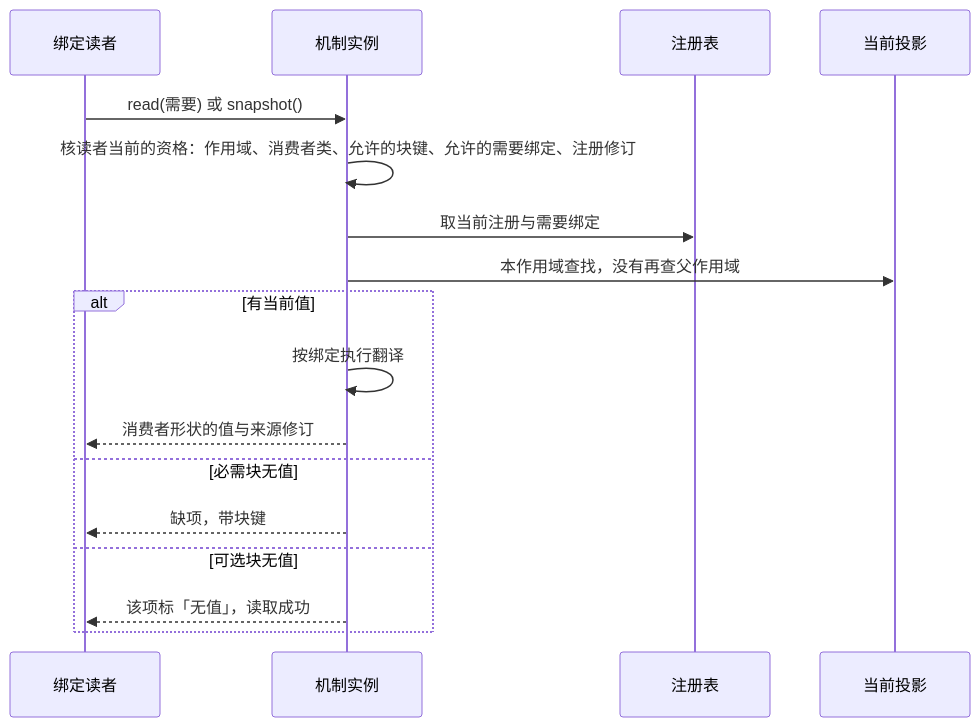
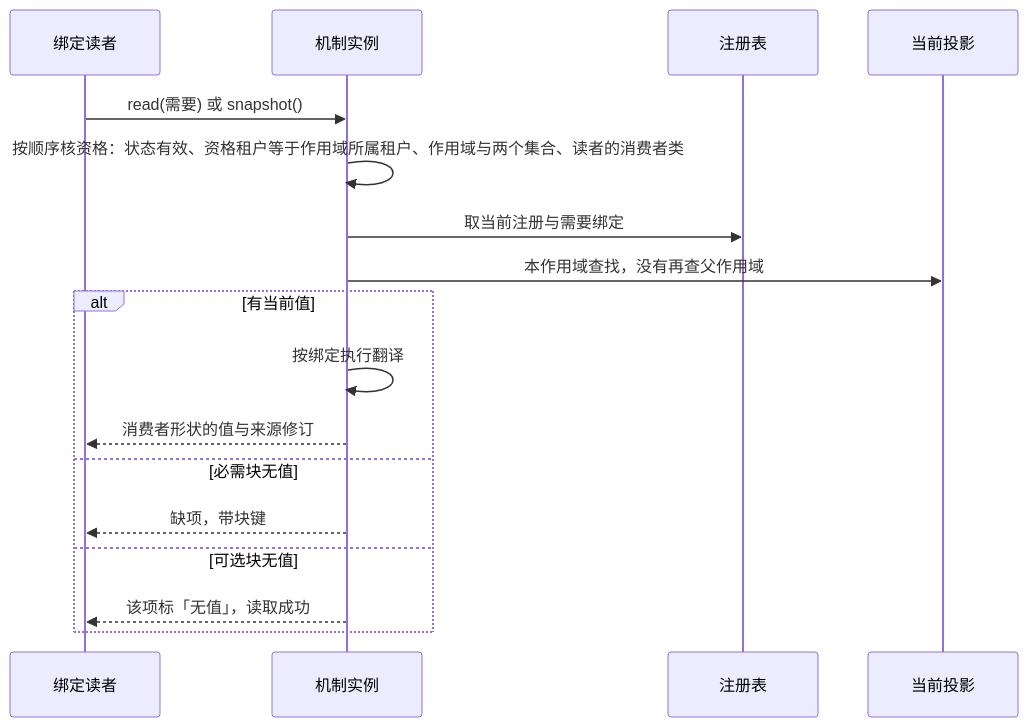
The third of 5 diagrams in packages/context/runtime-context/docs/flows.md (nemori-ai/omne-harness-lite), drawn with Mermaid before and after one commit. The commit also changed other lines of this file and 68 other files, not shown here.

````diff
--- a/packages/context/runtime-context/docs/flows.md
+++ b/packages/context/runtime-context/docs/flows.md
@@ -84,19 +97,19 @@
 ```mermaid
 sequenceDiagram
   participant R as 绑定读者
   participant M as 机制实例
   participant Reg as 注册表
   participant Proj as 当前投影
   R->>M: read(需要) 或 snapshot()
-  M->>M: 核读者当前的资格：作用域、消费者类、允许的块键、允许的需要绑定、注册修订
+  M->>M: 按顺序核资格：状态有效、资格租户等于作用域所属租户、作用域与两个集合、读者的消费者类
   M->>Reg: 取当前注册与需要绑定
   M->>Proj: 本作用域查找，没有再查父作用域
   alt 有当前值
     M->>M: 按绑定执行翻译
     M-->>R: 消费者形状的值与来源修订
   else 必需块无值
     M-->>R: 缺项，带块键
   else 可选块无值
     M-->>R: 该项标「无值」，读取成功
   end
 ```
````
